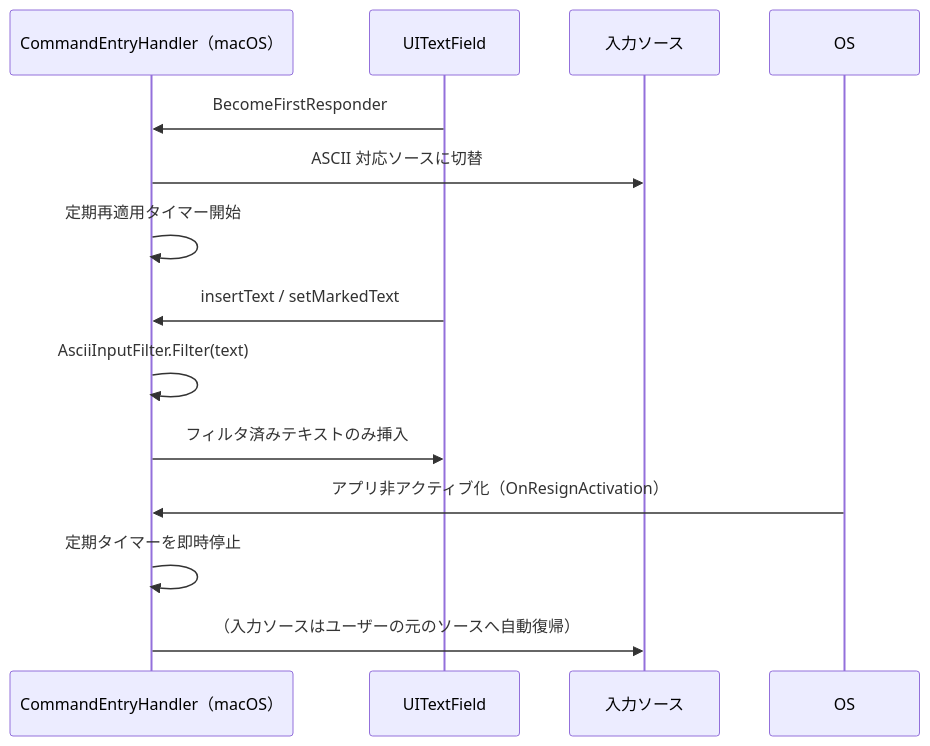
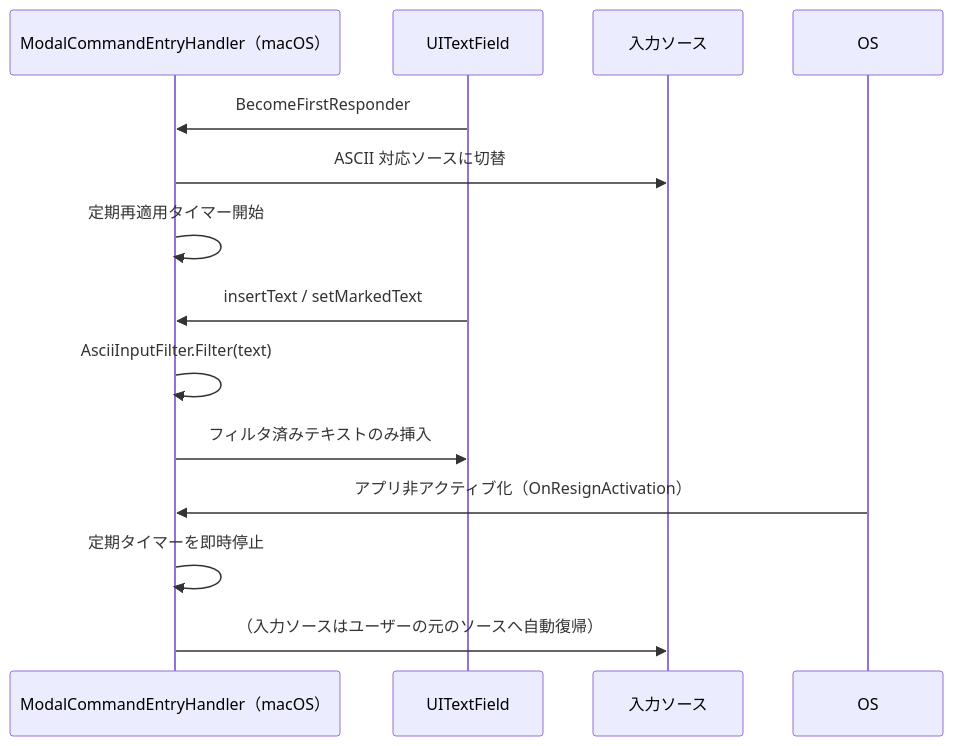
The sixth of 6 diagrams in docs/DEVELOPER_GUIDE.md (Widthdom/Praxis), drawn with Mermaid before and after one commit. The commit also changed other lines of this file and 11 other files, not shown here.

Commit message:
Stop forcing ASCII input mode for main command entry

````diff
--- a/docs/DEVELOPER_GUIDE.md
+++ b/docs/DEVELOPER_GUIDE.md
@@ -519,17 +518,17 @@
 ```mermaid
 sequenceDiagram
-    participant CE as CommandEntryHandler（macOS）
+    participant CE as ModalCommandEntryHandler（macOS）
     participant TF as UITextField
     participant IS as 入力ソース
 
     TF->>CE: BecomeFirstResponder
     CE->>IS: ASCII 対応ソースに切替
     CE->>CE: 定期再適用タイマー開始
     TF->>CE: insertText / setMarkedText
     CE->>CE: AsciiInputFilter.Filter(text)
     CE->>TF: フィルタ済みテキストのみ挿入
 
     OS->>CE: アプリ非アクティブ化（OnResignActivation）
     CE->>CE: 定期タイマーを即時停止
     CE->>IS: （入力ソースはユーザーの元のソースへ自動復帰）
 ```
````
